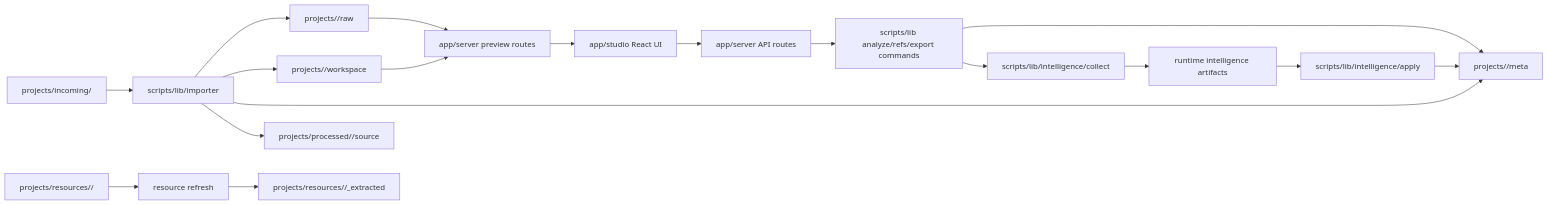
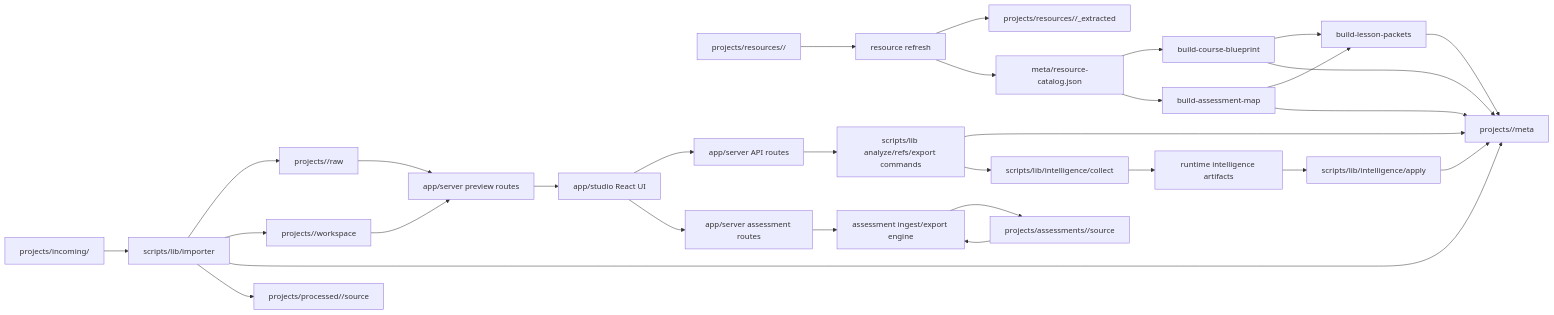
The diagram in ARCHITECTURE.md (deanguedo-arch/canvas-helper), drawn with Mermaid before and after one commit. The commit also changed other lines of this file and 25 other files, not shown here.

Commit message:
feat(studio): add assessment library import and export workflow

````diff
--- a/ARCHITECTURE.md
+++ b/ARCHITECTURE.md
@@ -17,20 +17,32 @@
 ```mermaid
 flowchart LR
   A["projects/incoming/<bundle-or-html>"] --> B["scripts/lib/importer"]
   A2["projects/resources/<slug>/<file>"] --> R["resource refresh"]
+  A3["projects/assessments/<assessment-slug>/source"] --> AS["assessment ingest/export engine"]
   B --> C["projects/<slug>/raw"]
   B --> D["projects/<slug>/workspace"]
   B --> E["projects/<slug>/meta"]
   B --> P["projects/processed/<slug>/source"]
   R --> F["projects/resources/<slug>/_extracted"]
+  R --> RC["meta/resource-catalog.json"]
+  RC --> CB["build-course-blueprint"]
+  RC --> AM["build-assessment-map"]
+  CB --> LP["build-lesson-packets"]
+  AM --> LP
+  CB --> E
+  AM --> E
+  LP --> E
   D --> G["app/server preview routes"]
   C --> G
   G --> H["app/studio React UI"]
   H --> I["app/server API routes"]
   I --> J["scripts/lib analyze/refs/export commands"]
+  H --> IA["app/server assessment routes"]
+  IA --> AS
+  AS --> A3
   J --> E
   J --> K["scripts/lib/intelligence/collect"]
   K --> L["runtime intelligence artifacts"]
   L --> M["scripts/lib/intelligence/apply"]
   M --> E
 ```
````
